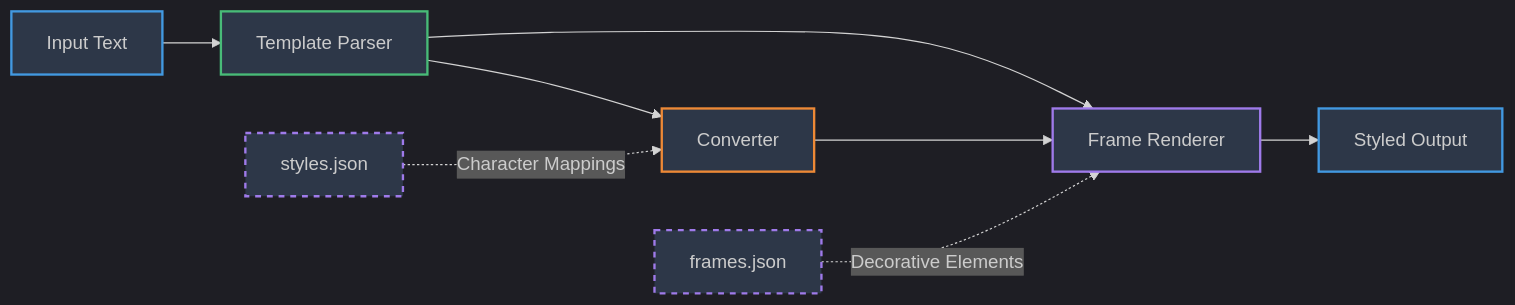
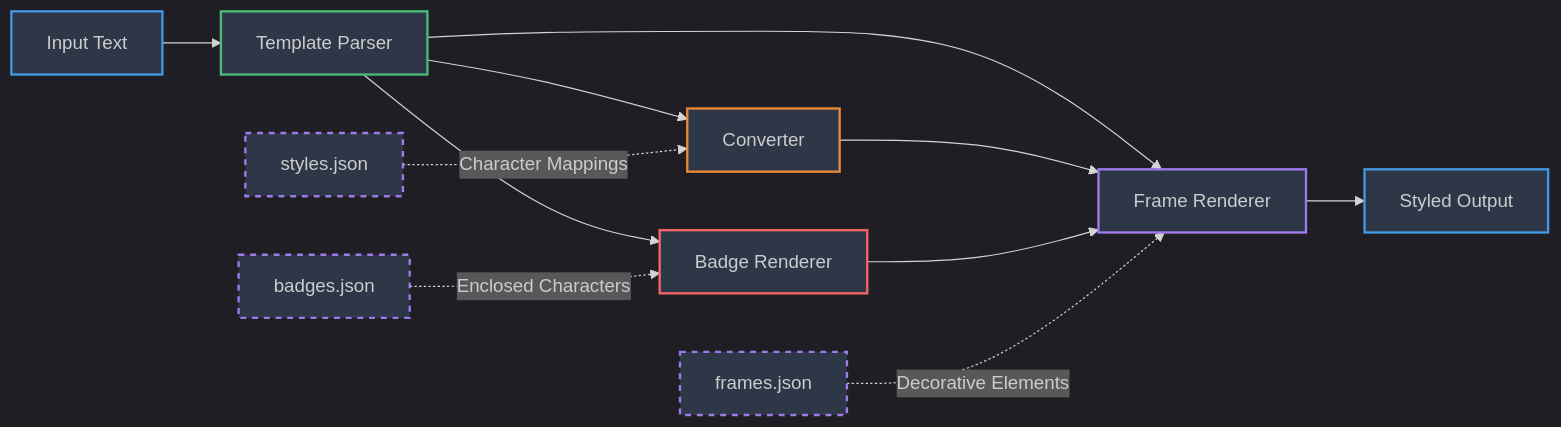
The first of 10 diagrams in docs/ARCHITECTURE.md (blackwell-systems/mdfx), drawn with Mermaid before and after one commit. The commit also changed other lines of this file and 12 other files, not shown here.

````diff
--- a/docs/ARCHITECTURE.md
+++ b/docs/ARCHITECTURE.md
@@ -21,20 +21,25 @@
 ```mermaid
 %%{init: {'theme':'dark'}}%%
 graph LR
     A[Input Text] --> B[Template Parser]
     B --> C[Converter]
+    B --> H[Badge Renderer]
     B --> F[Frame Renderer]
     C --> F
+    H --> F
     F --> D[Styled Output]
 
     E[styles.json] -.->|Character Mappings| C
     G[frames.json] -.->|Decorative Elements| F
+    I[badges.json] -.->|Enclosed Characters| H
 
     style A fill:#2d3748,stroke:#4299e1,stroke-width:2px
     style B fill:#2d3748,stroke:#48bb78,stroke-width:2px
     style C fill:#2d3748,stroke:#ed8936,stroke-width:2px
+    style H fill:#2d3748,stroke:#f56565,stroke-width:2px
     style F fill:#2d3748,stroke:#9f7aea,stroke-width:2px
     style D fill:#2d3748,stroke:#4299e1,stroke-width:2px
     style E fill:#2d3748,stroke:#9f7aea,stroke-width:2px,stroke-dasharray: 5 5
     style G fill:#2d3748,stroke:#9f7aea,stroke-width:2px,stroke-dasharray: 5 5
+    style I fill:#2d3748,stroke:#9f7aea,stroke-width:2px,stroke-dasharray: 5 5
 ```
````
